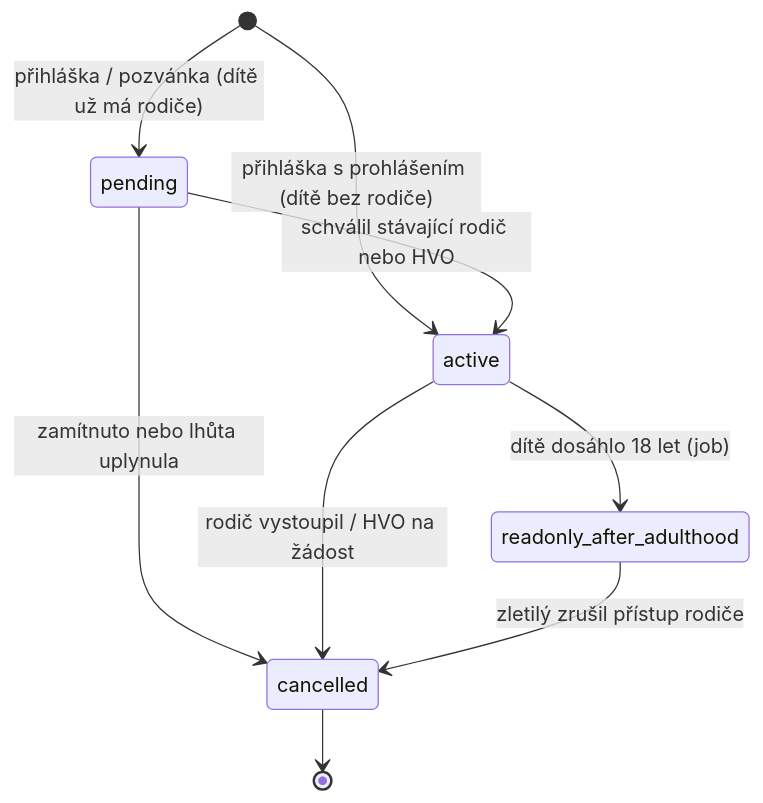
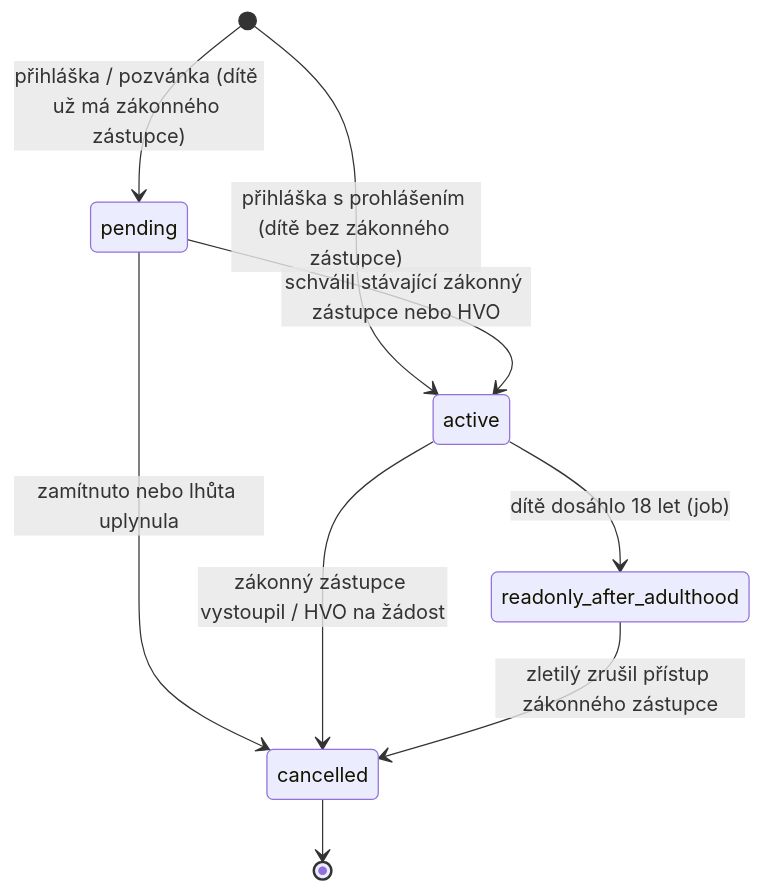
Before and after one commit to jendamozna/du-doc: the diagram in docs/parent-child-lifecycle.md, drawn with Mermaid. The commit also changed other lines of this file and 11 other files, not shown here.

Commit message:
Rádce, zákonný zástupce fix

````diff
--- a/docs/parent-child-lifecycle.md
+++ b/docs/parent-child-lifecycle.md
@@ -36,15 +36,15 @@
 ```mermaid
 stateDiagram-v2
-    [*] --> pending : přihláška / pozvánka (dítě už má rodiče)
-    [*] --> active : přihláška s prohlášením (dítě bez rodiče)
+    [*] --> pending : přihláška / pozvánka (dítě už má zákonného zástupce)
+    [*] --> active : přihláška s prohlášením (dítě bez zákonného zástupce)
 
-    pending --> active : schválil stávající rodič nebo HVO
+    pending --> active : schválil stávající zákonný zástupce nebo HVO
     pending --> cancelled : zamítnuto nebo lhůta uplynula
 
     active --> readonly_after_adulthood : dítě dosáhlo 18 let (job)
-    active --> cancelled : rodič vystoupil / HVO na žádost
+    active --> cancelled : zákonný zástupce vystoupil / HVO na žádost
 
-    readonly_after_adulthood --> cancelled : zletilý zrušil přístup rodiče
+    readonly_after_adulthood --> cancelled : zletilý zrušil přístup zákonného zástupce
 
     cancelled --> [*]
 ```
````
